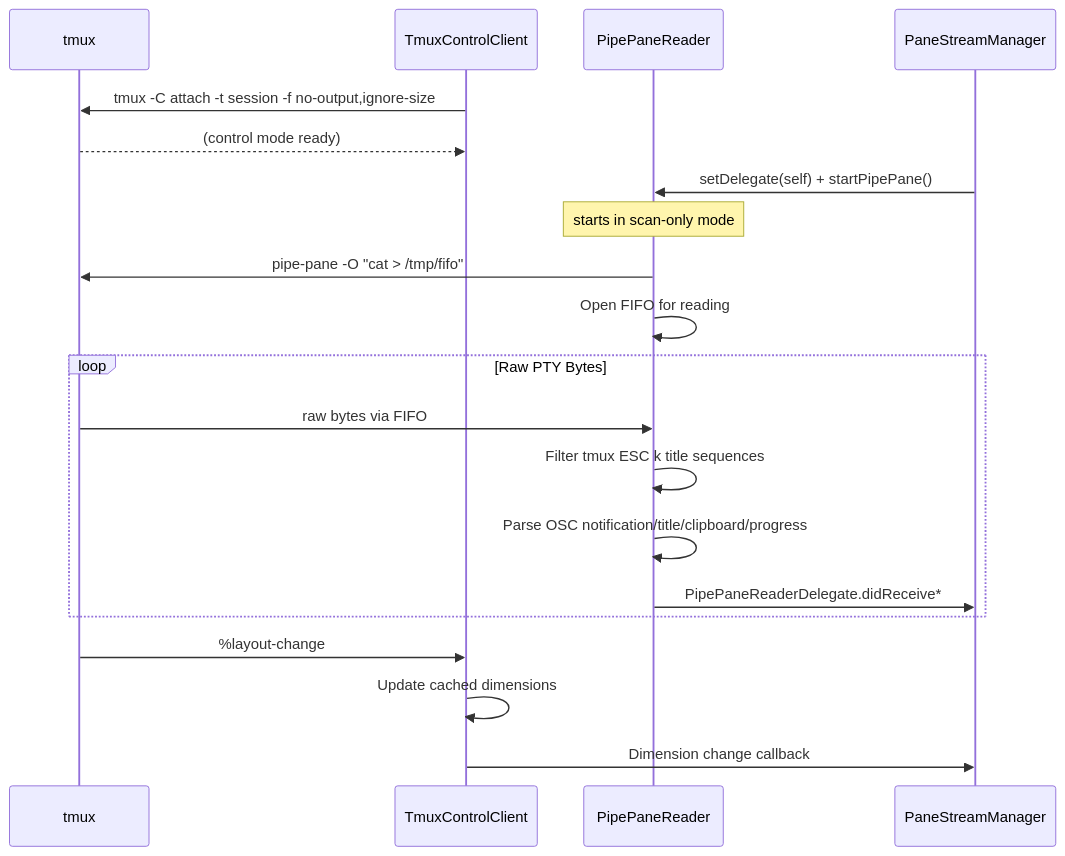
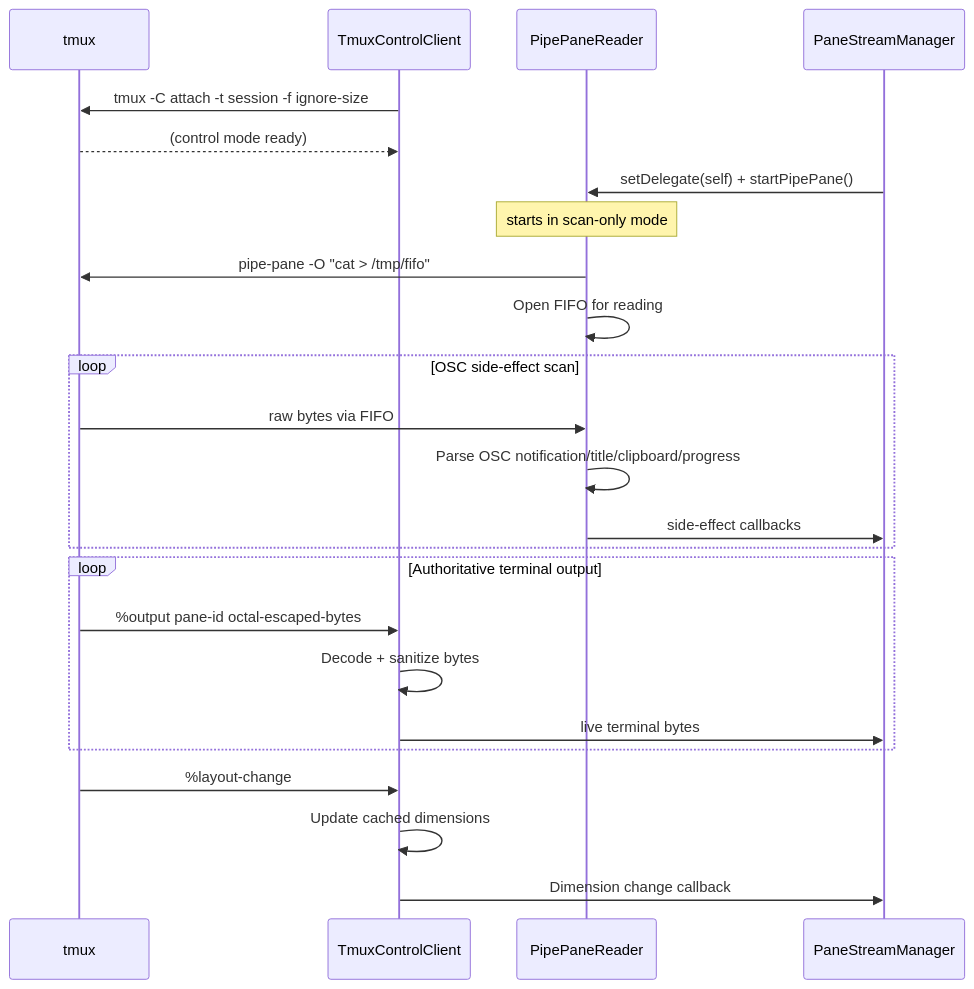
One commit to jicezeng/ctrlx changed the second of 12 diagrams in docs/streaming-architecture.md. Above: the diagram before and after it, drawn with Mermaid. The commit also changed other lines of this file and 13 other files, not shown here.

Commit message:
fix(stream): order snapshots with live pane output

````diff
--- a/docs/streaming-architecture.md
+++ b/docs/streaming-architecture.md
@@ -52,26 +52,31 @@
 ```mermaid
 sequenceDiagram
     participant T as tmux
     participant TCC as TmuxControlClient
     participant PPR as PipePaneReader
     participant PSM as PaneStreamManager
 
-    TCC->>T: tmux -C attach -t session -f no-output,ignore-size
+    TCC->>T: tmux -C attach -t session -f ignore-size
     T-->>TCC: (control mode ready)
 
     PSM->>PPR: setDelegate(self) + startPipePane()
     Note over PPR: starts in scan-only mode
     PPR->>T: pipe-pane -O "cat > /tmp/fifo"
     PPR->>PPR: Open FIFO for reading
 
-    loop Raw PTY Bytes
+    loop OSC side-effect scan
         T->>PPR: raw bytes via FIFO
-        PPR->>PPR: Filter tmux ESC k title sequences
         PPR->>PPR: Parse OSC notification/title/clipboard/progress
-        PPR->>PSM: PipePaneReaderDelegate.didReceive*
+        PPR->>PSM: side-effect callbacks
+    end
+
+    loop Authoritative terminal output
+        T->>TCC: %output pane-id octal-escaped-bytes
+        TCC->>TCC: Decode + sanitize bytes
+        TCC->>PSM: live terminal bytes
     end
 
     T->>TCC: %layout-change
     TCC->>TCC: Update cached dimensions
     TCC->>PSM: Dimension change callback
 ```
````
